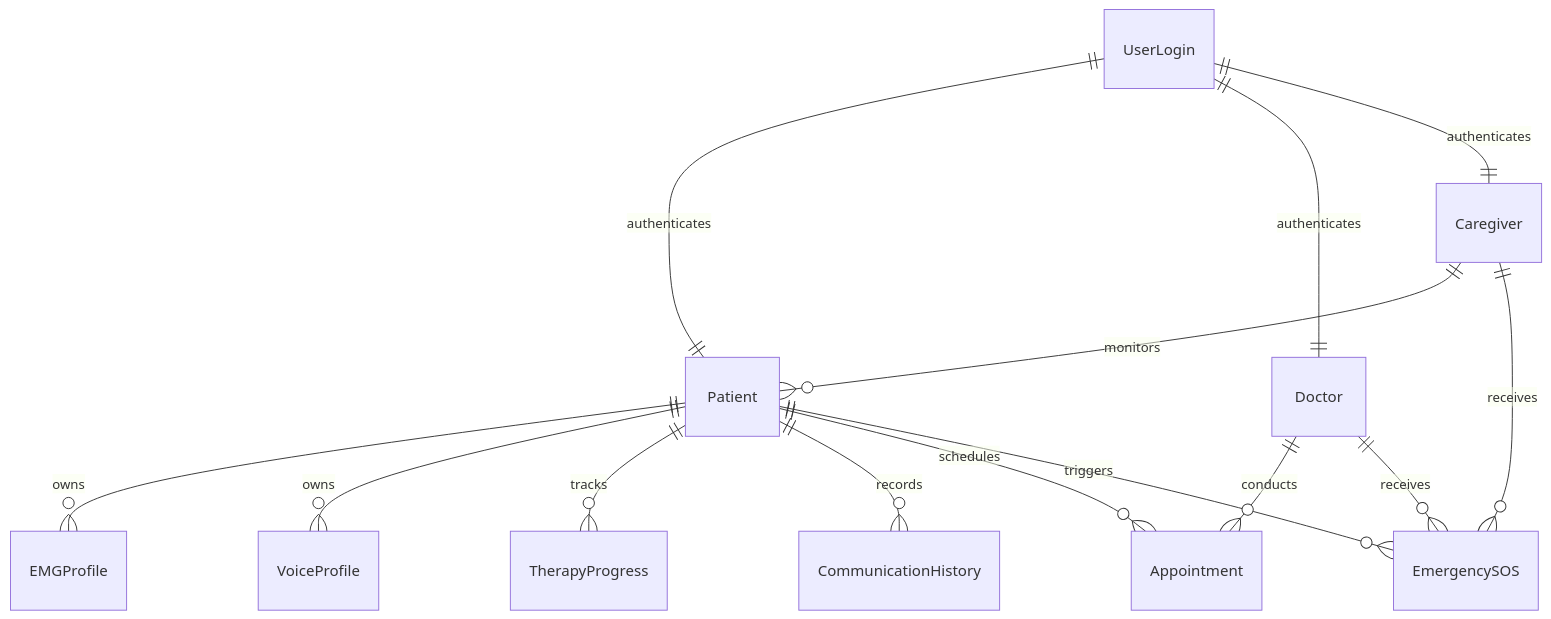
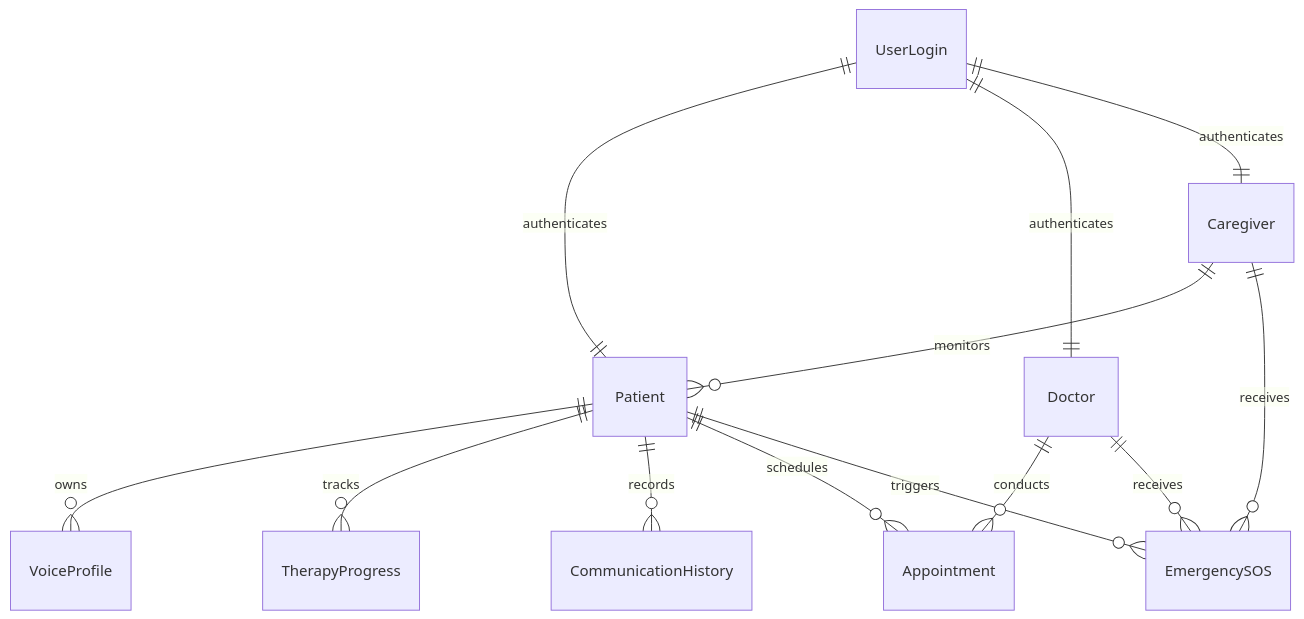
The diagram in docs/DATABASE.md (srividya1004/voiceback), drawn with Mermaid before and after one commit. The commit also changed other lines of this file and 12 other files, not shown here.

````diff
--- a/docs/DATABASE.md
+++ b/docs/DATABASE.md
@@ -23,18 +25,17 @@
 ```mermaid
 erDiagram
     UserLogin ||--|| Patient : "authenticates"
     UserLogin ||--|| Doctor : "authenticates"
     UserLogin ||--|| Caregiver : "authenticates"
 
-    Patient ||--o{ EMGProfile : "owns"
     Patient ||--o{ VoiceProfile : "owns"
     Patient ||--o{ TherapyProgress : "tracks"
     Patient ||--o{ CommunicationHistory : "records"
     Patient ||--o{ Appointment : "schedules"
     Patient ||--o{ EmergencySOS : "triggers"
 
     Doctor ||--o{ Appointment : "conducts"
     Caregiver ||--o{ Patient : "monitors"
     Caregiver ||--o{ EmergencySOS : "receives"
     Doctor ||--o{ EmergencySOS : "receives"
 ```
````
